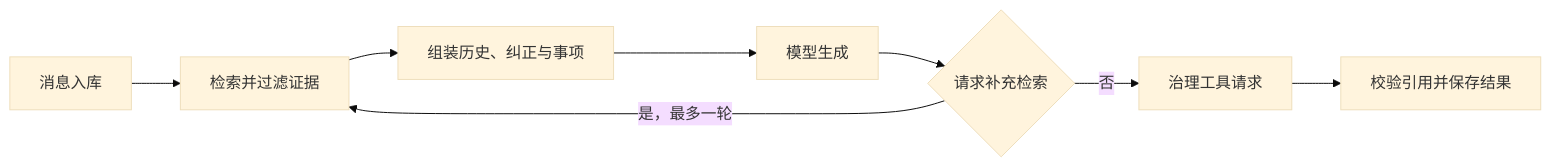
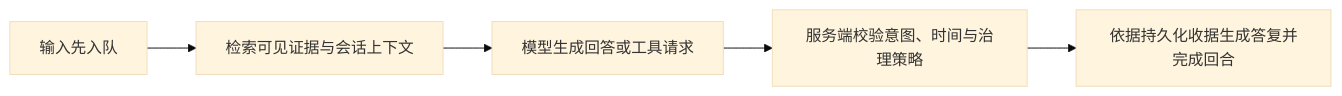
Before and after one commit to lejunyang/omem: the diagram in .repo-review/knowledge/articles/da8ad3f24a297c6e53ca8ea2db6271f676fe567775dacb355ec46e29b00b345a.md, drawn with Mermaid (base theme). The commit also changed other lines of this file and 34 other files, not shown here.

````diff
--- a/.repo-review/knowledge/articles/da8ad3f24a297c6e53ca8ea2db6271f676fe567775dacb355ec46e29b00b345a.md
+++ b/.repo-review/knowledge/articles/da8ad3f24a297c6e53ca8ea2db6271f676fe567775dacb355ec46e29b00b345a.md
@@ -19,10 +19,7 @@
 ```mermaid
 flowchart LR
-  A[消息入库] --> B[检索并过滤证据]
-  B --> C[组装历史、纠正与事项]
-  C --> D[模型生成]
-  D --> E{请求补充检索}
-  E -- 是，最多一轮 --> B
-  E -- 否 --> F[治理工具请求]
-  F --> G[校验引用并保存结果]
+  A[输入先入队] --> B[检索可见证据与会话上下文]
+  B --> C[模型生成回答或工具请求]
+  C --> D[服务端校验意图、时间与治理策略]
+  D --> E[依据持久化收据生成答复并完成回合]
 ```
````
